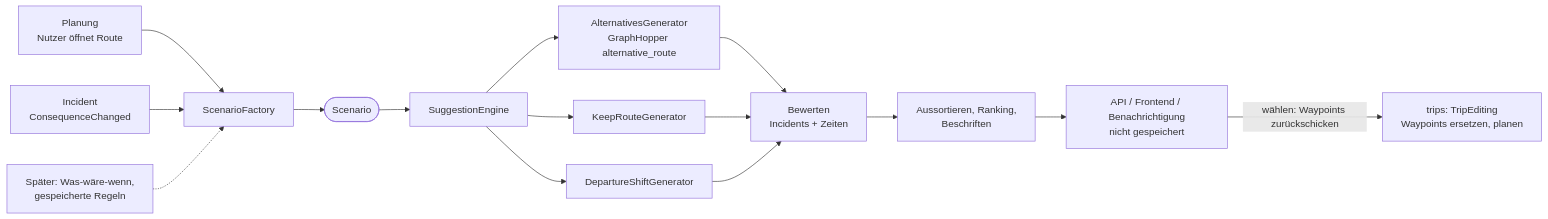
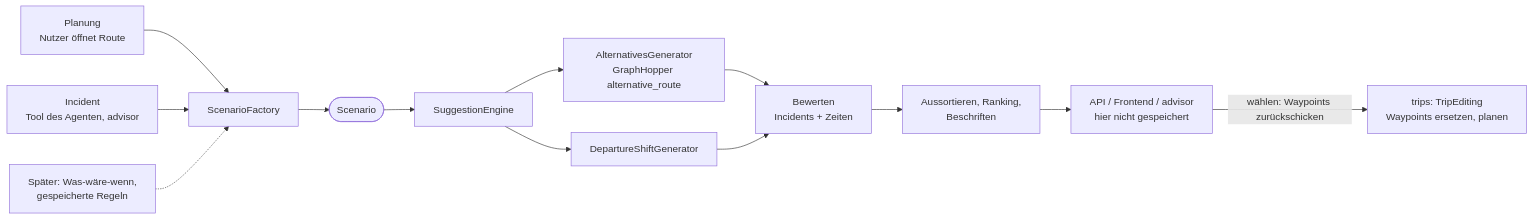
Before and after one commit to kehrbros/nofrustrationvacation: the diagram in Docs/recommendations.md, drawn with Mermaid. The commit also changed other lines of this file and 28 other files, not shown here.

First line of the commit message:
Suggest routes and departures for incidents, design the advisor

````diff
--- a/Docs/recommendations.md
+++ b/Docs/recommendations.md
@@ -11,15 +11,14 @@
 ```mermaid
 flowchart LR
     p[Planung<br>Nutzer öffnet Route] --> sf
-    i[Incident<br>ConsequenceChanged] --> sf
+    i[Incident<br>Tool des Agenten, advisor] --> sf
     w[Später: Was-wäre-wenn,<br>gespeicherte Regeln] -.-> sf
     sf[ScenarioFactory] --> s([Scenario])
     s --> e[SuggestionEngine]
     e --> g2[AlternativesGenerator<br>GraphHopper alternative_route]
-    e --> g3[KeepRouteGenerator]
     e --> g4[DepartureShiftGenerator]
-    g2 & g3 & g4 --> ev[Bewerten<br>Incidents + Zeiten]
+    g2 & g4 --> ev[Bewerten<br>Incidents + Zeiten]
     ev --> r[Aussortieren, Ranking,<br>Beschriften]
-    r --> api[API / Frontend / Benachrichtigung<br>nicht gespeichert]
+    r --> api[API / Frontend / advisor<br>hier nicht gespeichert]
     api -->|wählen: Waypoints zurückschicken| trips[trips: TripEditing<br>Waypoints ersetzen, planen]
 ```
````
